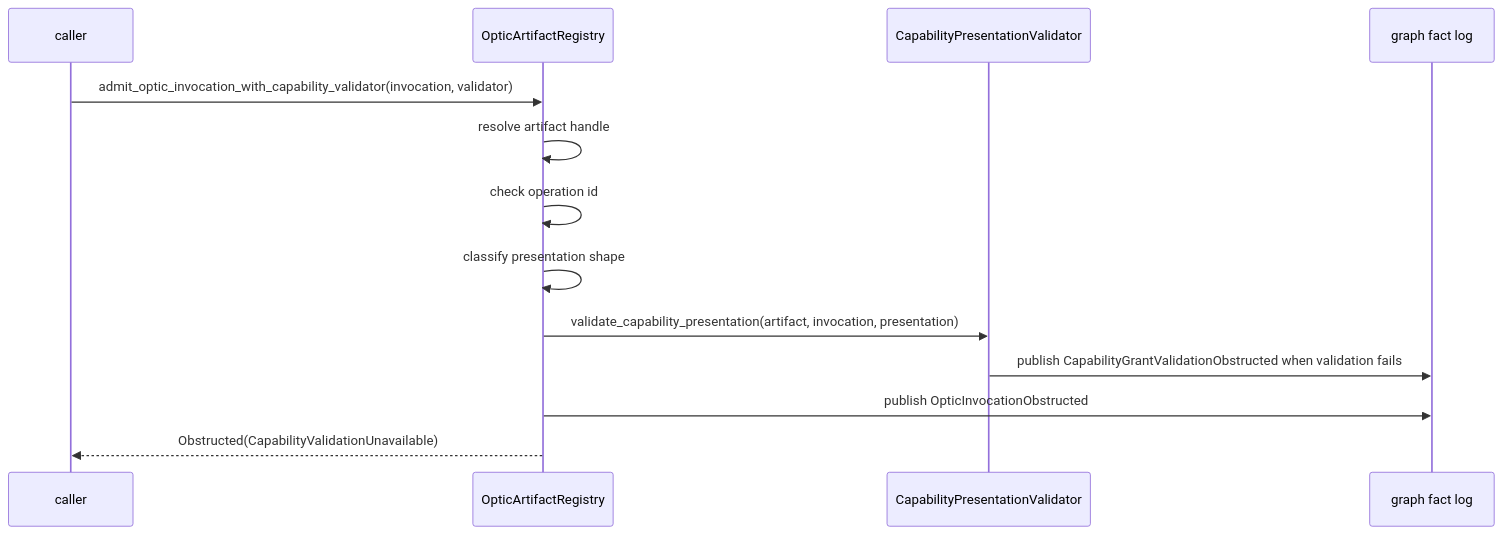
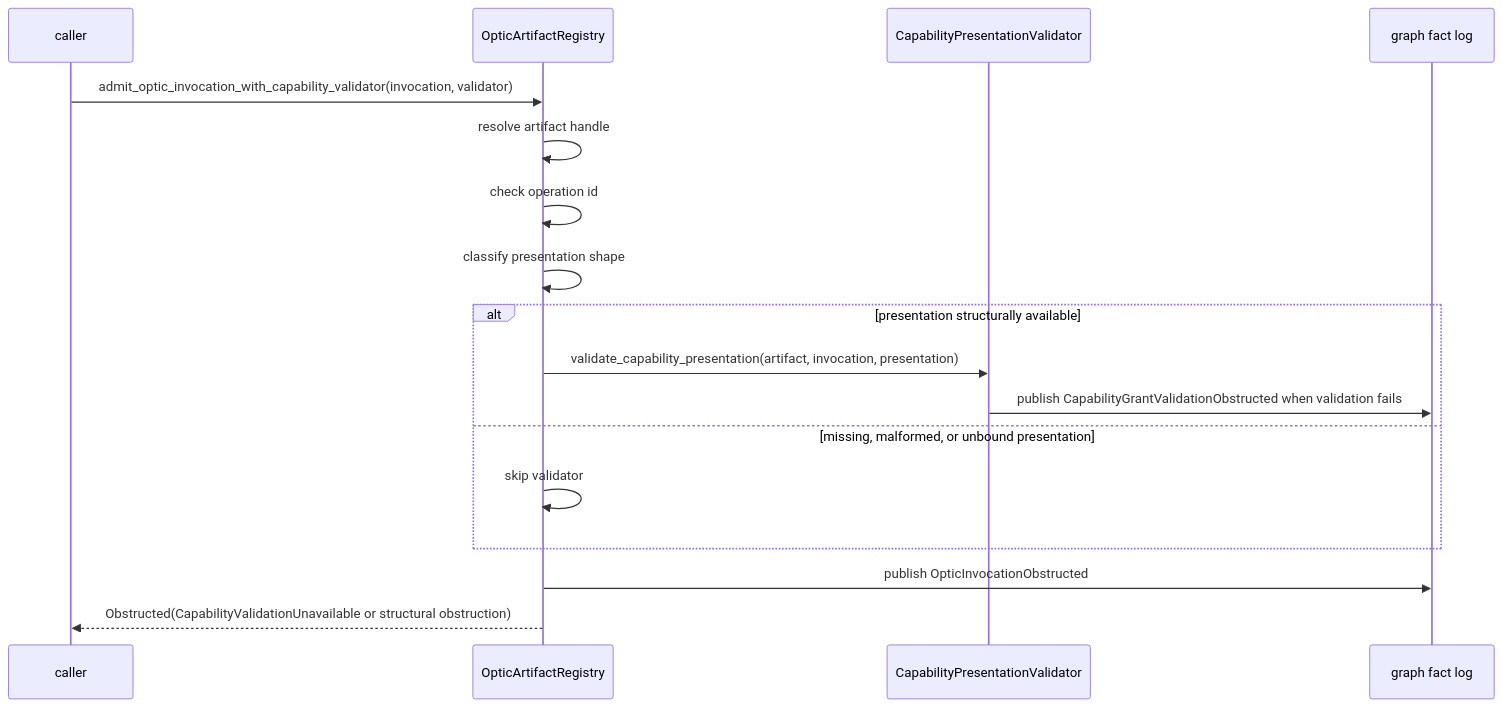
Before and after one commit to flyingrobots/echo: the second of 3 diagrams in docs/design/invocation-grant-validation-obstruction-routing.md, drawn with Mermaid. The commit also changed other lines of this file, not shown here.

Commit message:
docs(core): mark validation routing as conditional

````diff
--- a/docs/design/invocation-grant-validation-obstruction-routing.md
+++ b/docs/design/invocation-grant-validation-obstruction-routing.md
@@ -57,16 +61,20 @@
 ```mermaid
 sequenceDiagram
   participant Caller as caller
   participant Registry as OpticArtifactRegistry
   participant Validator as CapabilityPresentationValidator
   participant Facts as graph fact log
 
   Caller->>Registry: admit_optic_invocation_with_capability_validator(invocation, validator)
   Registry->>Registry: resolve artifact handle
   Registry->>Registry: check operation id
   Registry->>Registry: classify presentation shape
-  Registry->>Validator: validate_capability_presentation(artifact, invocation, presentation)
-  Validator->>Facts: publish CapabilityGrantValidationObstructed when validation fails
+  alt presentation structurally available
+    Registry->>Validator: validate_capability_presentation(artifact, invocation, presentation)
+    Validator->>Facts: publish CapabilityGrantValidationObstructed when validation fails
+  else missing, malformed, or unbound presentation
+    Registry->>Registry: skip validator
+  end
   Registry->>Facts: publish OpticInvocationObstructed
-  Registry-->>Caller: Obstructed(CapabilityValidationUnavailable)
+  Registry-->>Caller: Obstructed(CapabilityValidationUnavailable or structural obstruction)
 ```
````
